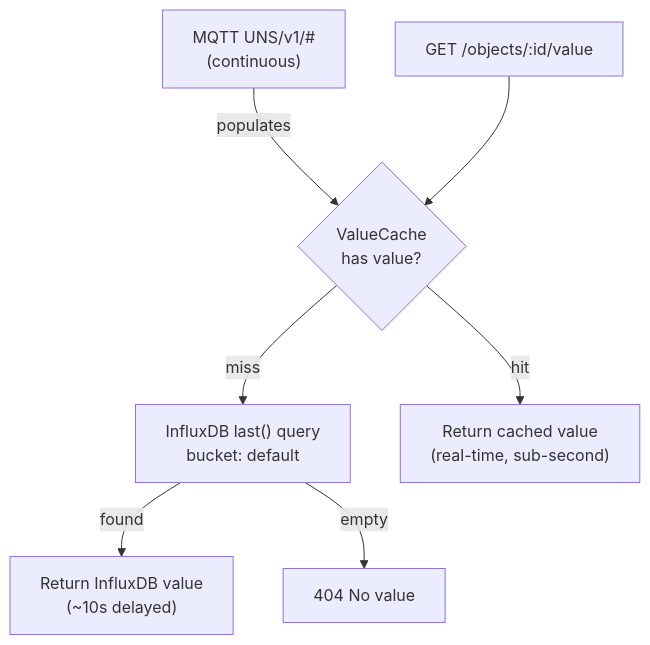
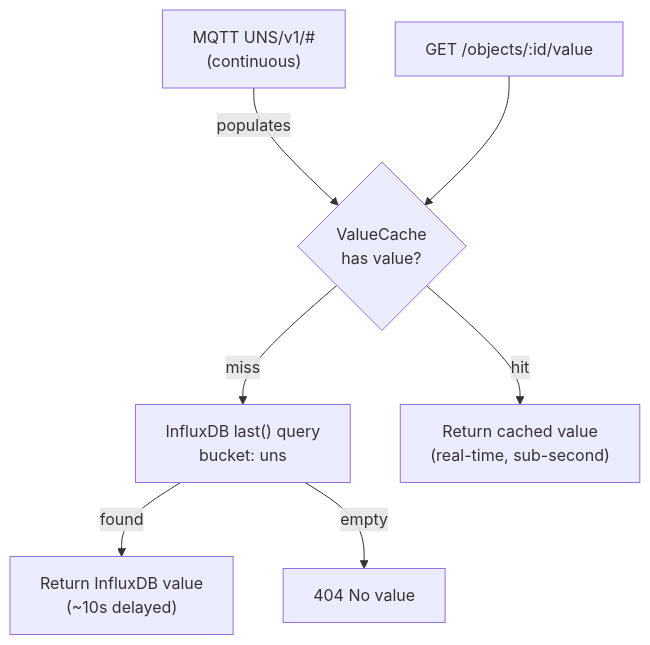
The third of 5 diagrams in acs-i3x/docs/architecture.md (AMRC-FactoryPlus/amrc-connectivity-stack), drawn with Mermaid before and after one commit. The commit also changed other lines of this file and 2 other files, not shown here.

First line of the commit message:
Docs: i3X serves the UNS, and the upgrade it needs

````diff
--- a/acs-i3x/docs/architecture.md
+++ b/acs-i3x/docs/architecture.md
@@ -99,17 +99,17 @@
 ```mermaid
 flowchart TD
     REQ["GET /objects/:id/value"]
     CACHE{"ValueCache<br/>has value?"}
-    INFLUX["InfluxDB last() query<br/>bucket: default"]
+    INFLUX["InfluxDB last() query<br/>bucket: uns"]
     MQTT["MQTT UNS/v1/#<br/>(continuous)"]
     RESP_CACHE["Return cached value<br/>(real-time, sub-second)"]
     RESP_INFLUX["Return InfluxDB value<br/>(~10s delayed)"]
     RESP_404["404 No value"]
 
     MQTT -->|"populates"| CACHE
     REQ --> CACHE
     CACHE -->|"hit"| RESP_CACHE
     CACHE -->|"miss"| INFLUX
     INFLUX -->|"found"| RESP_INFLUX
     INFLUX -->|"empty"| RESP_404
 ```
````
